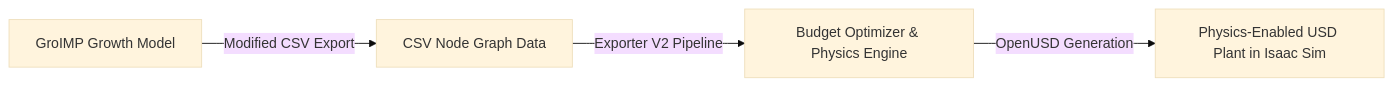
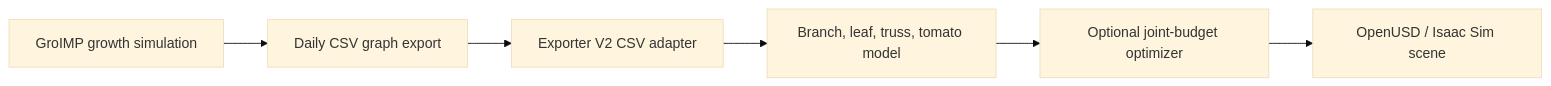
Before and after one commit to aledevv/autotom_digital_twin: the diagram in README.md, drawn with Mermaid (base theme). The commit also changed other lines of this file and 369 other files, not shown here.

````diff
--- a/README.md
+++ b/README.md
@@ -19,6 +44,8 @@
 ```mermaid
 graph LR
-    A[GroIMP Growth Model] -->|Modified CSV Export| B[CSV Node Graph Data]
-    B -->|Exporter V2 Pipeline| C[Budget Optimizer & Physics Engine]
-    C -->|OpenUSD Generation| D[Physics-Enabled USD Plant in Isaac Sim]
+    A[GroIMP growth simulation] --> B[Daily CSV graph export]
+    B --> C[Exporter V2 CSV adapter]
+    C --> D[Branch, leaf, truss, tomato model]
+    D --> E[Optional joint-budget optimizer]
+    E --> F[OpenUSD / Isaac Sim scene]
 ```
````
